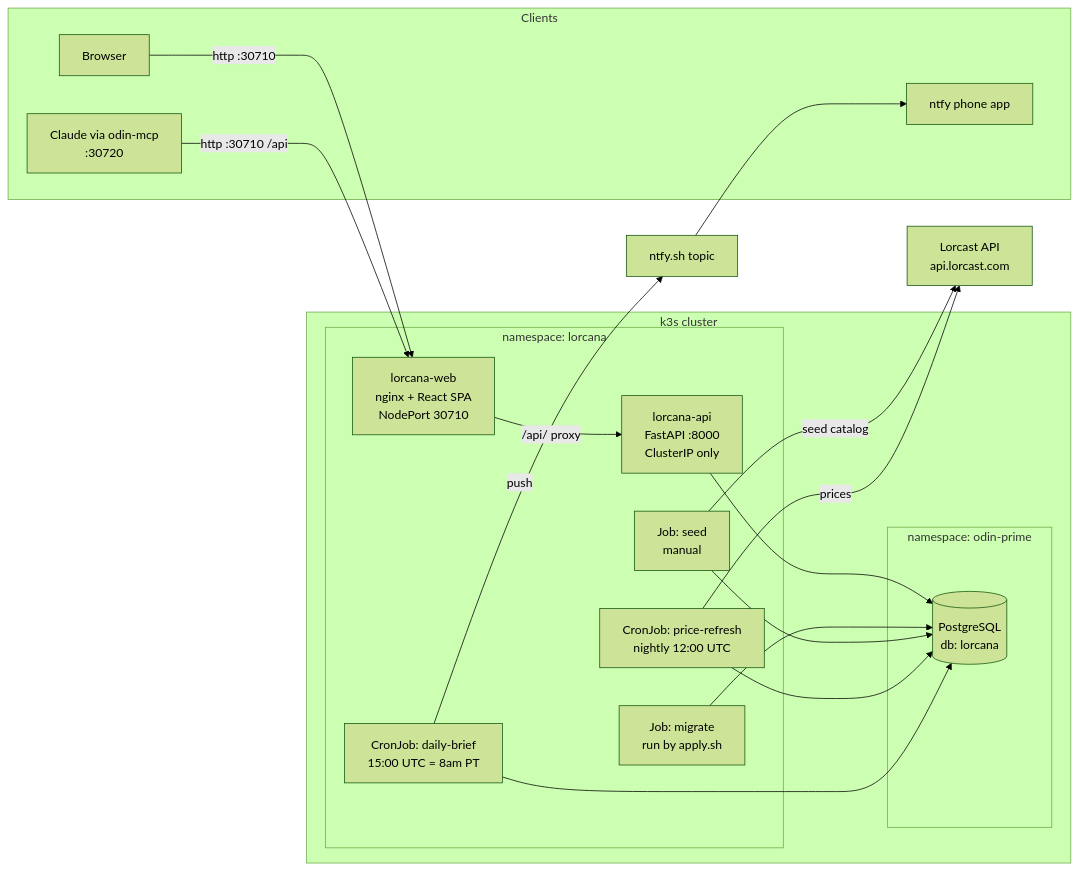
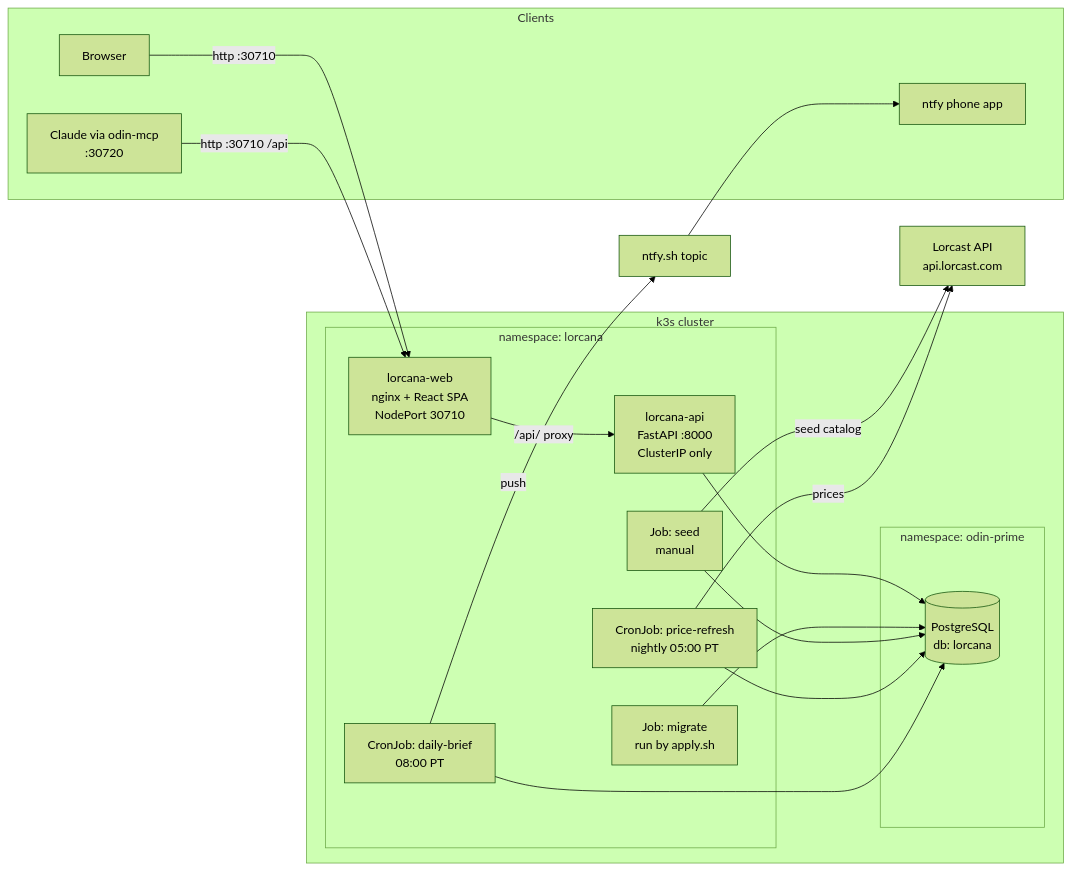
One commit to magicat777/lorcana-manager changed the diagram in docs/ADMIN_USER_GUIDE.md. Above: the diagram before and after it, drawn with Mermaid (forest theme). The commit also changed other lines of this file and 13 other files, not shown here.

````diff
--- a/docs/ADMIN_USER_GUIDE.md
+++ b/docs/ADMIN_USER_GUIDE.md
@@ -29,36 +29,36 @@
 ```mermaid
 flowchart LR
     subgraph clients [Clients]
         B[Browser]
         C[Claude via odin-mcp<br/>:30720]
         P[ntfy phone app]
     end
     subgraph k3s [k3s cluster]
         subgraph ns [namespace: lorcana]
             W[lorcana-web<br/>nginx + React SPA<br/>NodePort 30710]
             A[lorcana-api<br/>FastAPI :8000<br/>ClusterIP only]
-            CJ1[CronJob: price-refresh<br/>nightly 12:00 UTC]
-            CJ2[CronJob: daily-brief<br/>15:00 UTC = 8am PT]
+            CJ1[CronJob: price-refresh<br/>nightly 05:00 PT]
+            CJ2[CronJob: daily-brief<br/>08:00 PT]
             J1[Job: migrate<br/>run by apply.sh]
             J2[Job: seed<br/>manual]
         end
         subgraph op [namespace: odin-prime]
             PG[(PostgreSQL<br/>db: lorcana)]
         end
     end
     L[Lorcast API<br/>api.lorcast.com]
     N[ntfy.sh topic]
 
     B -->|http :30710| W
     C -->|http :30710 /api| W
     W -->|/api/ proxy| A
     A --> PG
     J1 --> PG
     J2 -->|seed catalog| L
     J2 --> PG
     CJ1 -->|prices| L
     CJ1 --> PG
     CJ2 --> PG
     CJ2 -->|push| N
     N --> P
 ```
````
